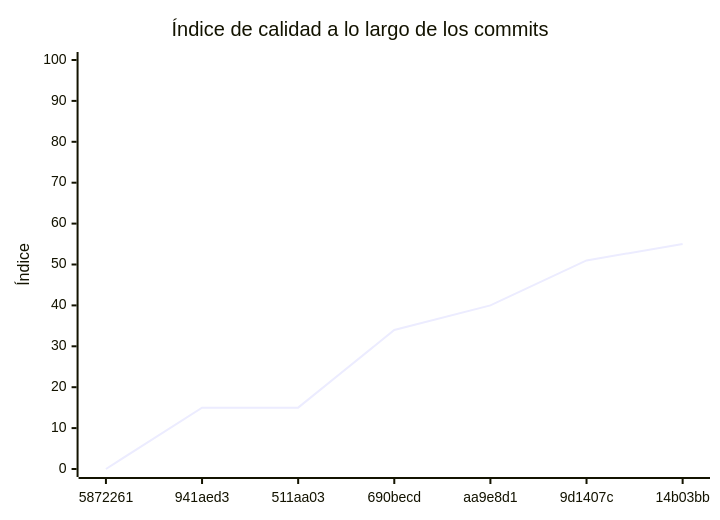
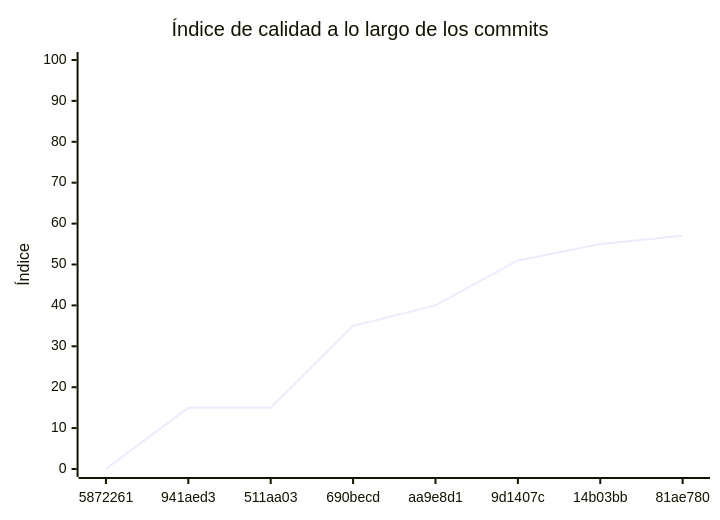
The diagram in docs/EVALUACION.md (prog2-perassiferrara/backend-catalogo), drawn with Mermaid before and after one commit. The commit also changed other lines of this file and 1 other file, not shown here.

````diff
--- a/docs/EVALUACION.md
+++ b/docs/EVALUACION.md
@@ -178,7 +244,7 @@
 ```mermaid
 xychart-beta
     title "Índice de calidad a lo largo de los commits"
-    x-axis ["5872261", "941aed3", "511aa03", "690becd", "aa9e8d1", "9d1407c", "14b03bb"]
+    x-axis ["5872261", "941aed3", "511aa03", "690becd", "aa9e8d1", "9d1407c", "14b03bb", "81ae780"]
     y-axis "Índice" 0 --> 100
-    line [0, 15, 15, 34, 40, 51, 55]
+    line [0, 15, 15, 35, 40, 51, 55, 57]
 ```
````
